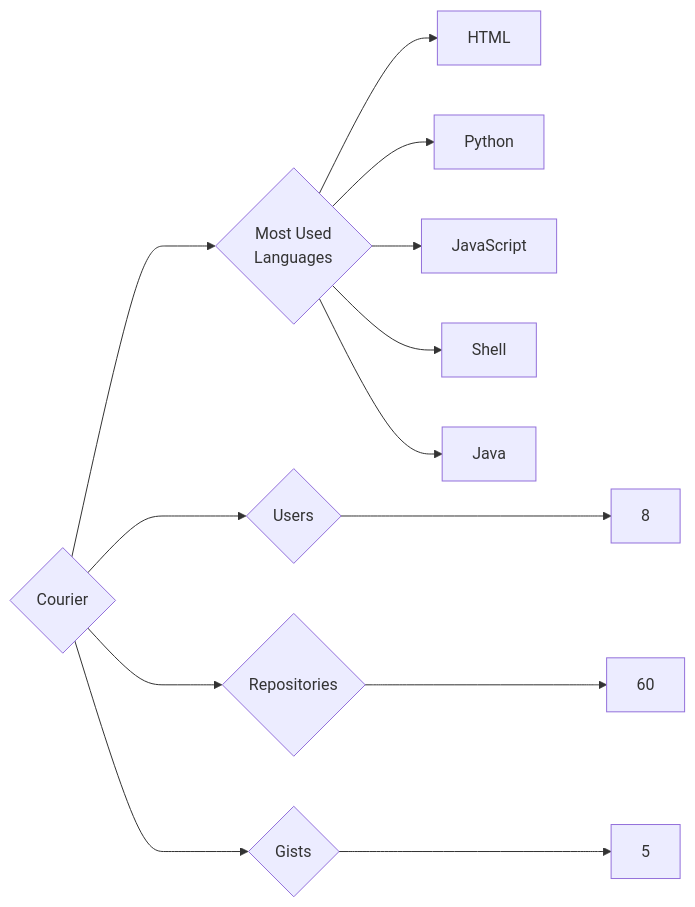
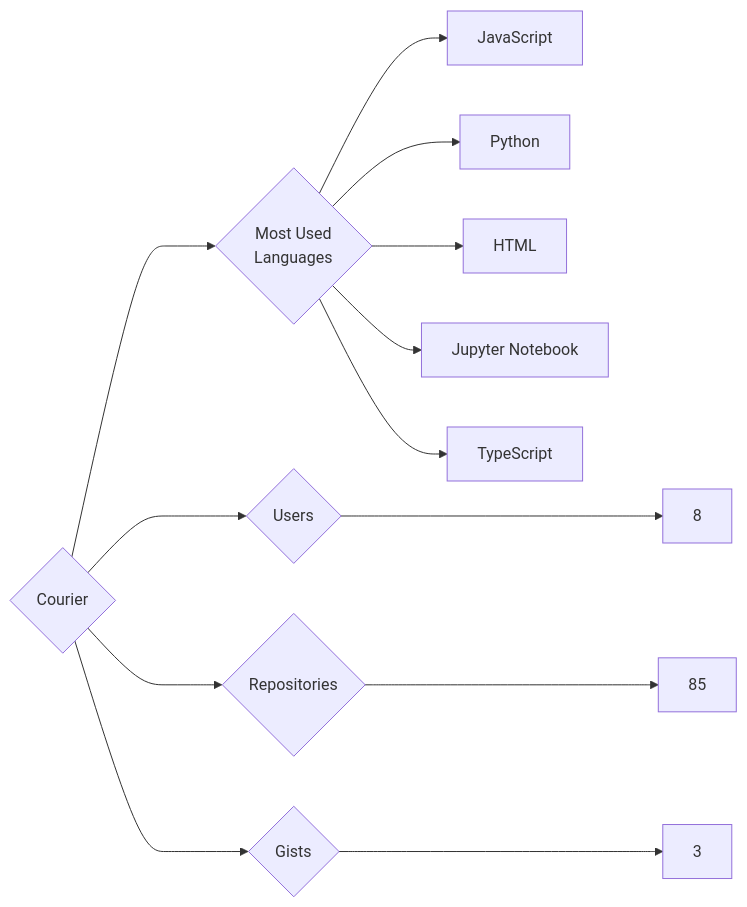
The diagram in targets/Courier/README.md (trickest/insiders), drawn with Mermaid before and after one commit. The commit also changed 682 other files, not shown here.

````diff
--- a/targets/Courier/README.md
+++ b/targets/Courier/README.md
@@ -3,13 +3,13 @@
 ```mermaid
 graph LR
 COMPANY_NAME{Courier}
 COMPANY_NAME ---> U{Users} ---> UN[8]
-COMPANY_NAME ---> R{Repositories} ---> RN[60]
-COMPANY_NAME ---> G{Gists} ---> GN[5]
+COMPANY_NAME ---> R{Repositories} ---> RN[85]
+COMPANY_NAME ---> G{Gists} ---> GN[3]
 COMPANY_NAME ---> ML{Most Used<br>Languages}
+ML --> JavaScript[JavaScript]
+ML --> Python[Python]
 ML --> HTML[HTML]
-ML --> Python[Python]
-ML --> JavaScript[JavaScript]
-ML --> Shell[Shell]
-ML --> Java[Java]
+ML --> Jupyter_Notebook[Jupyter Notebook]
+ML --> TypeScript[TypeScript]
 ```
````
